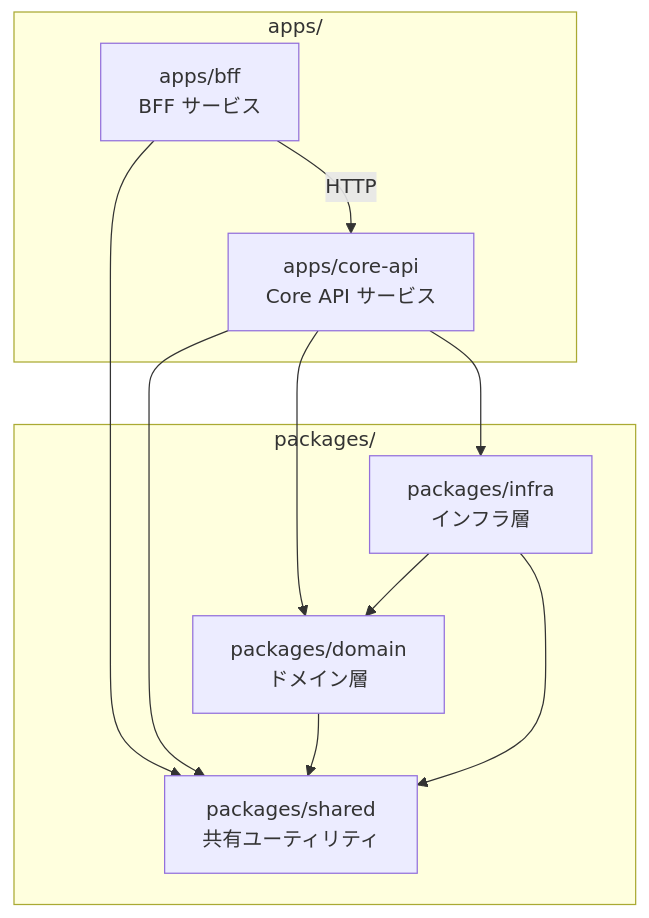
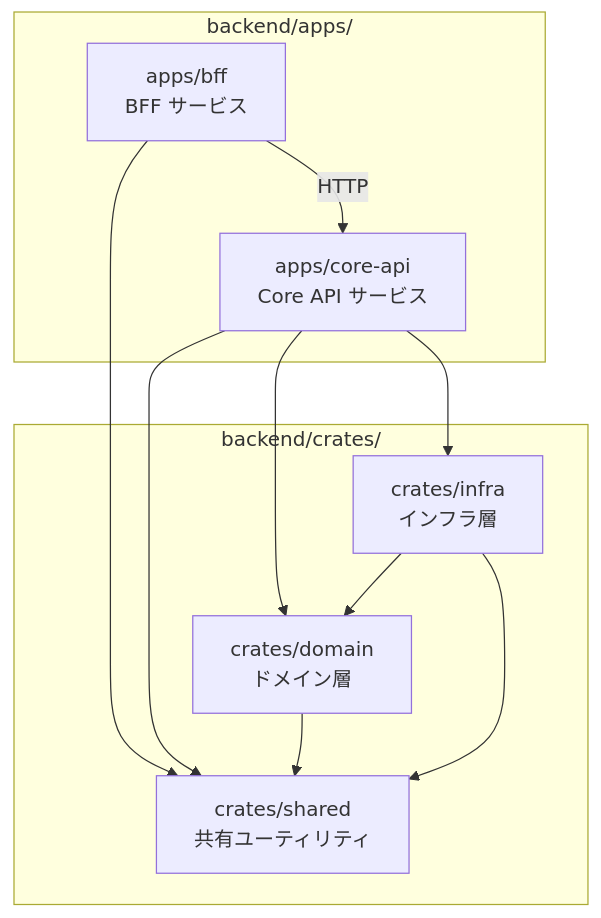
The first of 3 diagrams in docs/02_設計書/01_プロジェクト構造設計.md (ka2kama/ringiflow), drawn with Mermaid before and after one commit. The commit also changed other lines of this file and 60 other files, not shown here.

````diff
--- a/docs/02_設計書/01_プロジェクト構造設計.md
+++ b/docs/02_設計書/01_プロジェクト構造設計.md
@@ -168,24 +151,24 @@
 ```mermaid
 graph TB
-    subgraph "apps/"
+    subgraph "backend/apps/"
         BFF["apps/bff<br/>BFF サービス"]
         CoreAPI["apps/core-api<br/>Core API サービス"]
     end
 
-    subgraph "packages/"
-        Domain["packages/domain<br/>ドメイン層"]
-        Infra["packages/infra<br/>インフラ層"]
-        Shared["packages/shared<br/>共有ユーティリティ"]
+    subgraph "backend/crates/"
+        Domain["crates/domain<br/>ドメイン層"]
+        Infra["crates/infra<br/>インフラ層"]
+        Shared["crates/shared<br/>共有ユーティリティ"]
     end
 
     BFF -->|HTTP| CoreAPI
     BFF --> Shared
 
     CoreAPI --> Domain
     CoreAPI --> Infra
     CoreAPI --> Shared
 
     Domain --> Shared
     Infra --> Domain
     Infra --> Shared
 ```
````
